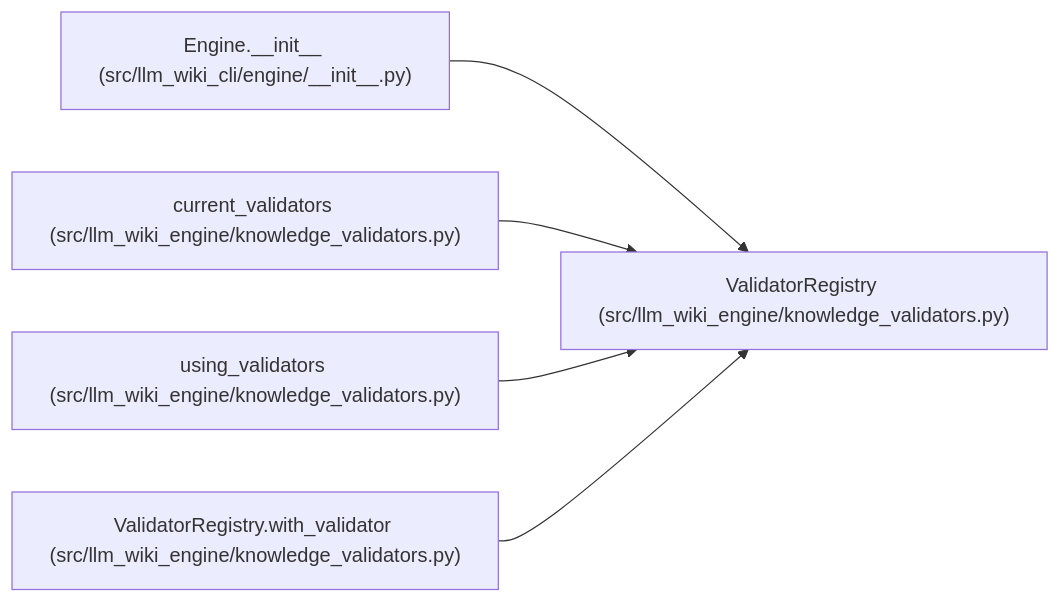
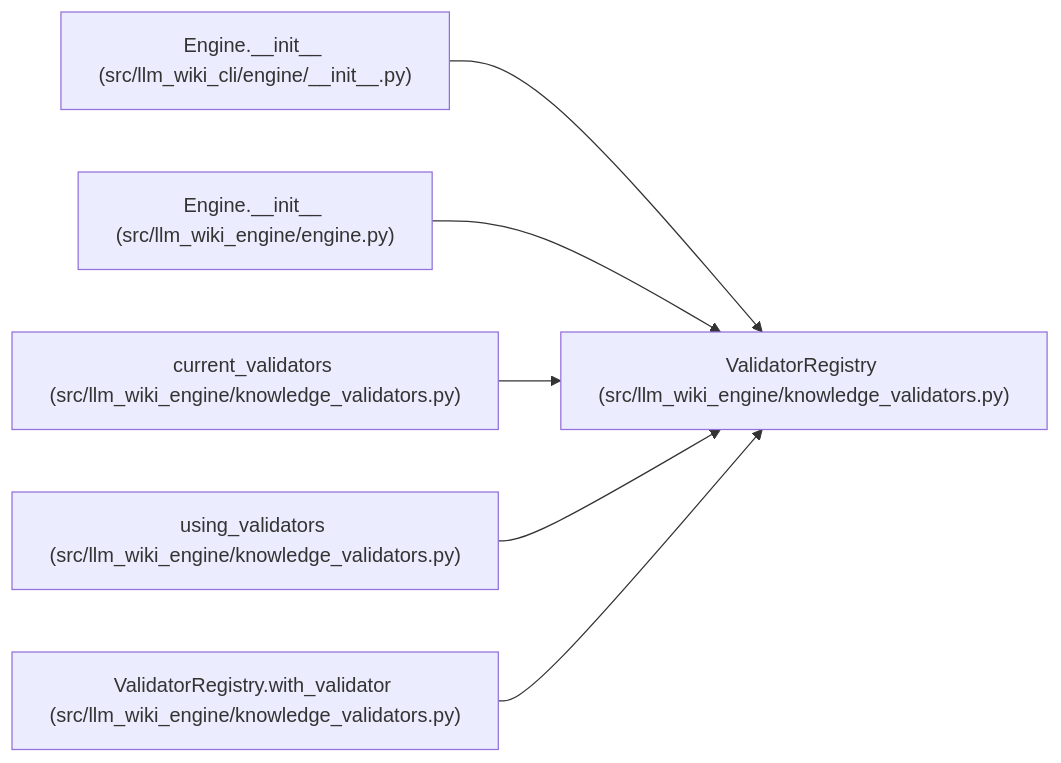
Before and after one commit to Denissvgn/python-wiki-llm: the diagram in docs/llm_wiki/entities/ValidatorRegistry.md, drawn with Mermaid. The commit also changed other lines of this file and 719 other files, not shown here.

Commit message:
docs: refresh the wiki for the engine's own use cases

````diff
--- a/docs/llm_wiki/entities/ValidatorRegistry.md
+++ b/docs/llm_wiki/entities/ValidatorRegistry.md
@@ -35,17 +35,20 @@
 ```mermaid
 flowchart LR
     n0["ValidatorRegistry (src/llm_wiki_engine/knowledge_validators.py)"]
     n1["Engine.__init__ (src/llm_wiki_cli/engine/__init__.py)"]
-    n2["current_validators (src/llm_wiki_engine/knowledge_validators.py)"]
-    n3["using_validators (src/llm_wiki_engine/knowledge_validators.py)"]
-    n4["ValidatorRegistry.with_validator (src/llm_wiki_engine/knowledge_validators.py)"]
+    n2["Engine.__init__ (src/llm_wiki_engine/engine.py)"]
+    n3["current_validators (src/llm_wiki_engine/knowledge_validators.py)"]
+    n4["using_validators (src/llm_wiki_engine/knowledge_validators.py)"]
+    n5["ValidatorRegistry.with_validator (src/llm_wiki_engine/knowledge_validators.py)"]
     n1 --> n0
     n2 --> n0
     n3 --> n0
     n4 --> n0
+    n5 --> n0
     click n0 "../modules/knowledge_validators.md"
     click n1 "../modules/engine___init__.md"
-    click n2 "../modules/knowledge_validators.md"
+    click n2 "../modules/engine.md"
     click n3 "../modules/knowledge_validators.md"
     click n4 "../modules/knowledge_validators.md"
+    click n5 "../modules/knowledge_validators.md"
 ```
````
